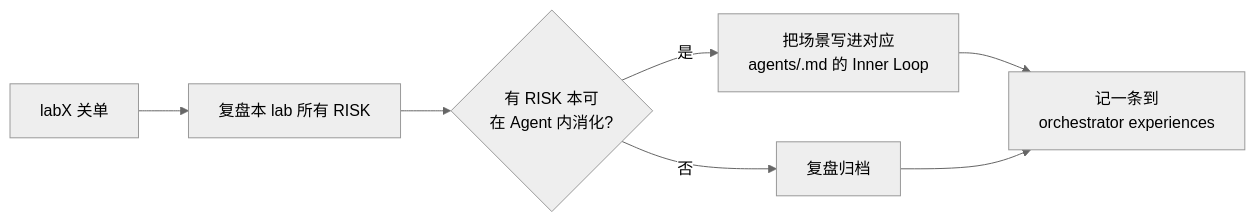
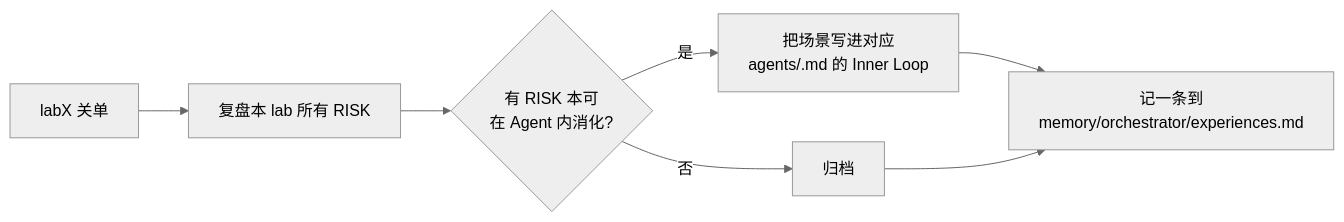
One commit to AArlert/rkv_v1pro_labs changed the second of 2 diagrams in ppa-lab-copilot/agents/orchestrator.md. Above: the diagram before and after it, drawn with Mermaid (neutral theme). The commit also changed other lines of this file and 14 other files, not shown here.

First line of the commit message:
feat(ppa-lab-copilot): workflow v3 — state.md merge, review_report/ dir, orchestrator memory

````diff
--- a/ppa-lab-copilot/agents/orchestrator.md
+++ b/ppa-lab-copilot/agents/orchestrator.md
@@ -68,9 +76,9 @@
 ```mermaid
 flowchart LR
     L1["labX 关单"] --> L2["复盘本 lab 所有 RISK"]
     L2 --> L3{"有 RISK 本可<br/>在 Agent 内消化?"}
     L3 -- "是" --> L4["把场景写进对应<br/>agents/<role>.md 的 Inner Loop"]
-    L3 -- "否" --> L5["复盘归档"]
-    L4 --> L6["记一条到<br/>orchestrator experiences"]
+    L3 -- "否" --> L5["归档"]
+    L4 --> L6["记一条到<br/>memory/orchestrator/experiences.md"]
     L5 --> L6
 ```
````
